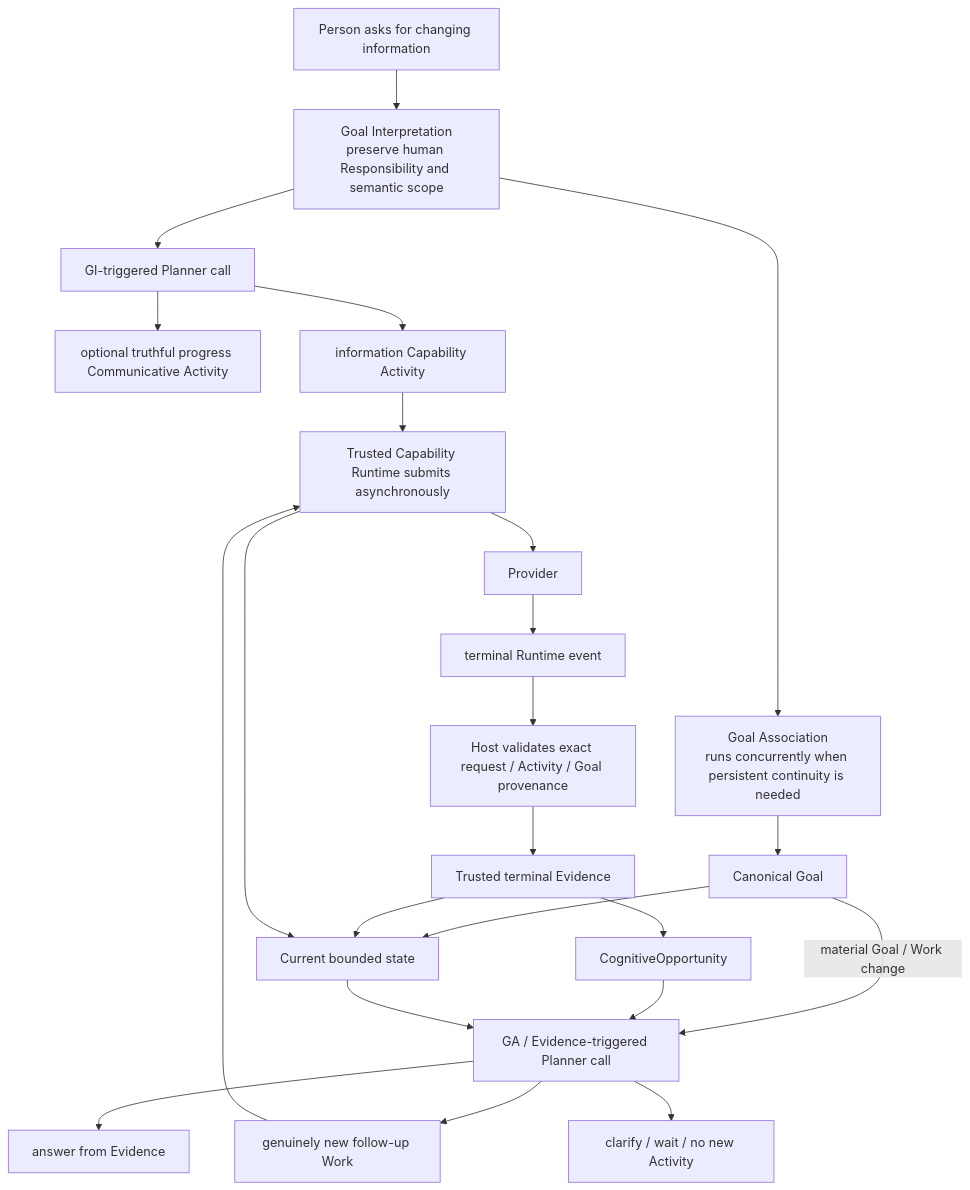
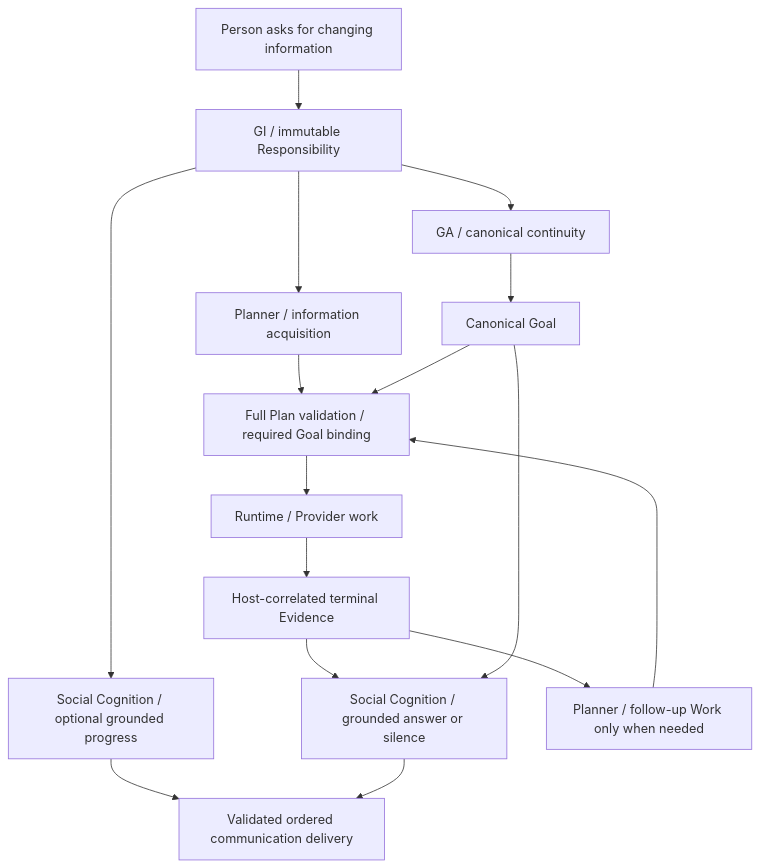
Before and after one commit to TimeTreker/chromie: the second of 2 diagrams in docs/PROJECT_CHARTER.md, drawn with Mermaid. The commit also changed other lines of this file and 6401 other files, not shown here.

First line of the commit message:
feat: separate Social Cognition from Work planning

````diff
--- a/docs/PROJECT_CHARTER.md
+++ b/docs/PROJECT_CHARTER.md
@@ -375,25 +465,18 @@
 ```mermaid
 flowchart TD
-    A["Person asks for changing information"] --> B["Goal Interpretation<br/>preserve human Responsibility and semantic scope"]
-    B --> C["GI-triggered Planner call"]
-    B --> G["Goal Association<br/>runs concurrently when persistent continuity is needed"]
-    C --> D["optional truthful progress Communicative Activity"]
-    C --> E["information Capability Activity"]
-    E --> R["Trusted Capability Runtime submits asynchronously"]
-    R --> P["Provider"]
-    P --> X["terminal Runtime event"]
-    X --> V["Host validates exact request / Activity / Goal provenance"]
-    V --> EV["Trusted terminal Evidence"]
-    G --> CG["Canonical Goal"]
-    CG --> S["Current bounded state"]
-    CG -->|material Goal / Work change| NP
-    EV --> S
-    R --> S
-    EV --> O["CognitiveOpportunity"]
-    O --> NP["GA / Evidence-triggered Planner call"]
-    S --> NP
-    NP --> A1["answer from Evidence"]
-    NP --> A2["genuinely new follow-up Work"]
-    NP --> A3["clarify / wait / no new Activity"]
-    A2 --> R
+    U["Person asks for changing information"] --> GI["GI / immutable Responsibility"]
+    GI --> SC["Social Cognition / optional grounded progress"]
+    GI --> P["Planner / information acquisition"]
+    GI --> GA["GA / canonical continuity"]
+    GA --> G["Canonical Goal"]
+    P --> V["Full Plan validation / required Goal binding"]
+    G --> V
+    V --> RT["Runtime / Provider work"]
+    RT --> E["Host-correlated terminal Evidence"]
+    E --> SC2["Social Cognition / grounded answer or silence"]
+    E --> P2["Planner / follow-up Work only when needed"]
+    G --> SC2
+    SC --> VO["Validated ordered communication delivery"]
+    SC2 --> VO
+    P2 --> V
 ```
````
